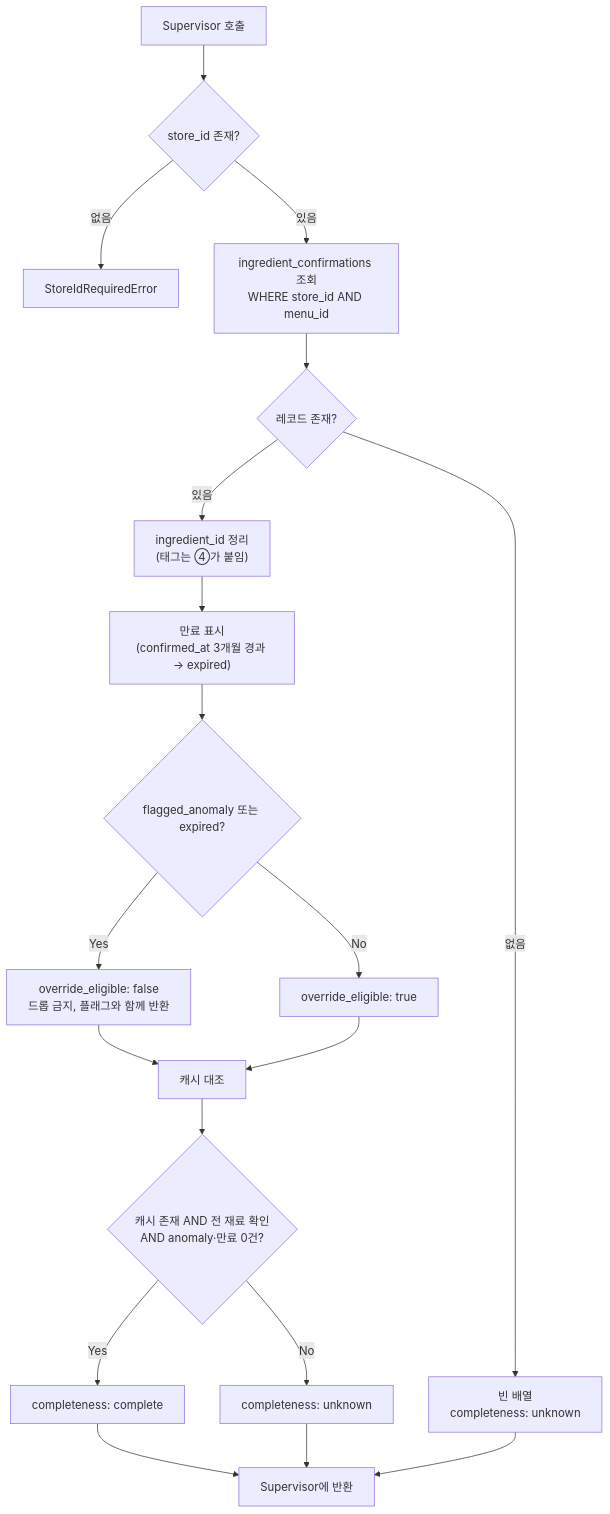
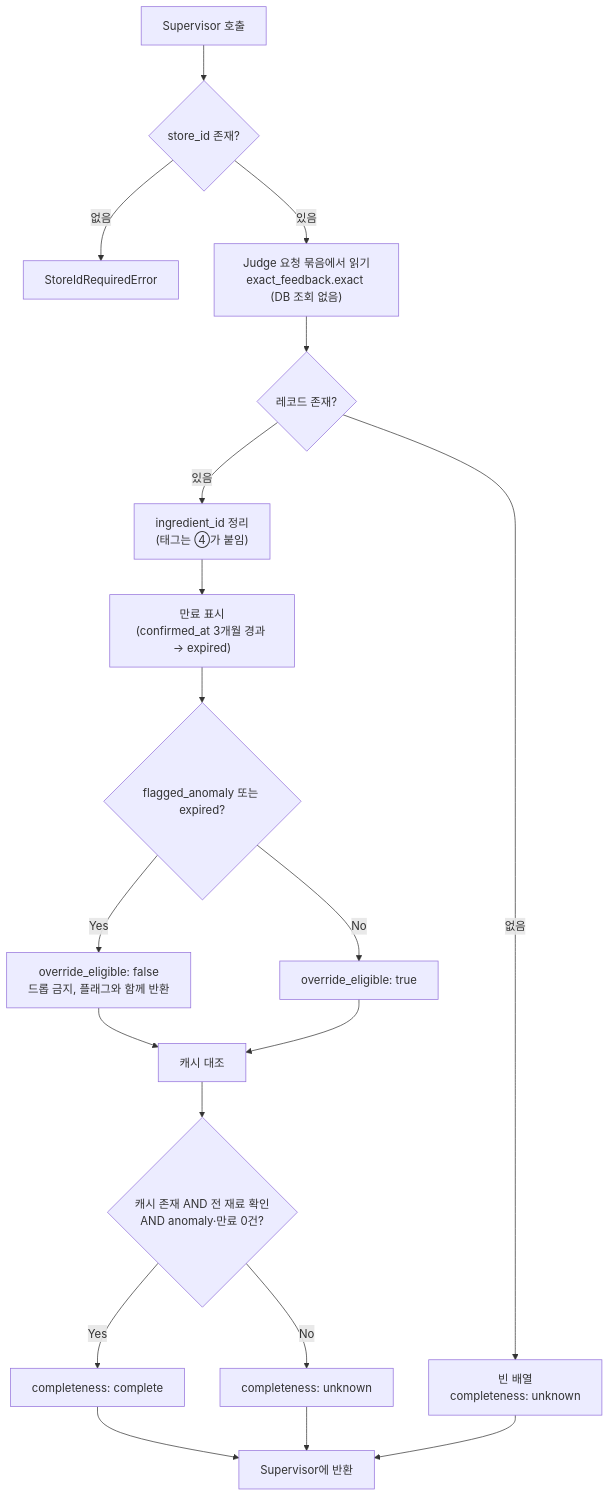
One commit to Han-Spoon/ai changed the diagram in docs/3-tool-exact.md. Above: the diagram before and after it, drawn with Mermaid. The commit also changed other lines of this file and 2 other files, not shown here.

Commit message:
docs(exact): read confirmations from judge bundle

````diff
--- a/docs/3-tool-exact.md
+++ b/docs/3-tool-exact.md
@@ -153,21 +154,21 @@
 ```mermaid
 flowchart TD
     S[Supervisor 호출] --> V{store_id 존재?}
     V -->|없음| ERR[StoreIdRequiredError]
-    V -->|있음| Q["ingredient_confirmations 조회<br/>WHERE store_id AND menu_id"]
+    V -->|있음| Q["Judge 요청 묶음에서 읽기<br/>exact_feedback.exact (DB 조회 없음)"]
     Q --> N{레코드 존재?}
     N -->|없음| E["빈 배열<br/>completeness: unknown"]
     N -->|있음| TG["ingredient_id 정리<br/>(태그는 ④가 붙임)"]
     TG --> EX["만료 표시<br/>(confirmed_at 3개월 경과 → expired)"]
     EX --> A{"flagged_anomaly 또는 expired?"}
     A -->|Yes| MARK["override_eligible: false<br/>드롭 금지, 플래그와 함께 반환"]
     A -->|No| OK["override_eligible: true"]
     MARK --> C[캐시 대조]
     OK --> C
     C --> CP{"캐시 존재 AND 전 재료 확인<br/>AND anomaly·만료 0건?"}
     CP -->|Yes| COMP["completeness: complete"]
     CP -->|No| UNK["completeness: unknown"]
     COMP --> OUT[Supervisor에 반환]
     UNK --> OUT
     E --> OUT
 ```
````
